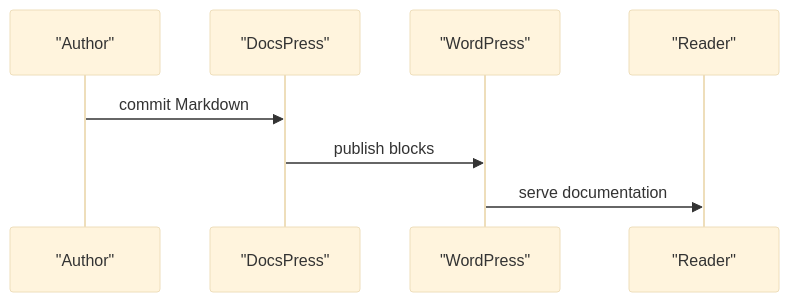
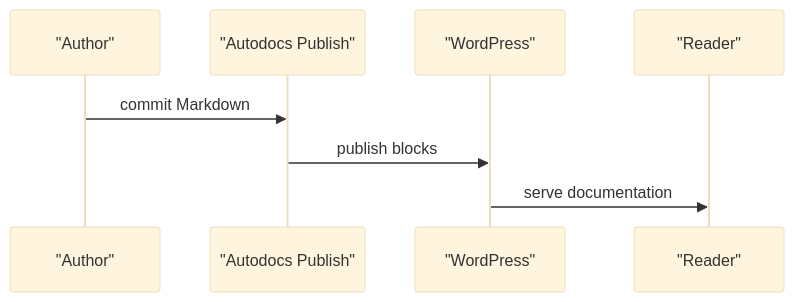
Before and after one commit to Automattic/docspress: the first of 3 diagrams in docs/reference/gutenberg-blocks/diagram.md, drawn with Mermaid (base theme). The commit also changed other lines of this file and 331 other files, not shown here.

Commit message:
Rename project to Autodocs Publish

````diff
--- a/docs/reference/gutenberg-blocks/diagram.md
+++ b/docs/reference/gutenberg-blocks/diagram.md
@@ -108,10 +108,10 @@
 ```mermaid
 sequenceDiagram
   participant n1 as "Author"
-  participant n2 as "DocsPress"
+  participant n2 as "Autodocs Publish"
   participant n3 as "WordPress"
   participant n4 as "Reader"
   n1->>n2: commit Markdown
   n2->>n3: publish blocks
   n3->>n4: serve documentation
 ```
````
